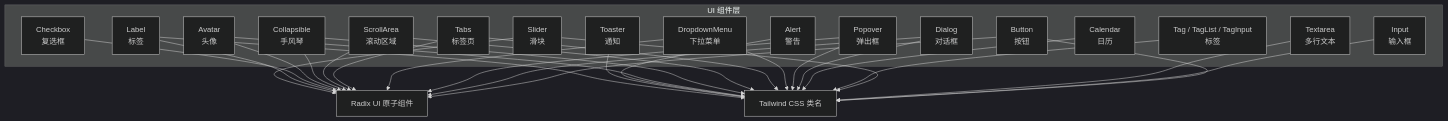
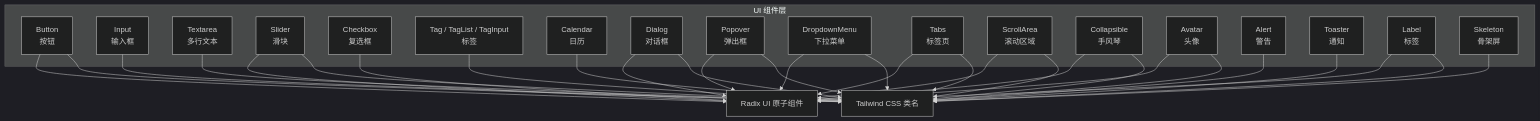
Before and after one commit to RadiumAg/image-saas: the first of 7 diagrams in .qoder/repowiki/zh/content/前端组件架构/UI 组件库/UI 组件库.md, drawn with Mermaid (dark theme). The commit also changed other lines of this file and 60 other files, not shown here.

````diff
--- a/.qoder/repowiki/zh/content/前端组件架构/UI 组件库/UI 组件库.md
+++ b/.qoder/repowiki/zh/content/前端组件架构/UI 组件库/UI 组件库.md
@@ -47,49 +45,51 @@
 ```mermaid
 graph TB
 subgraph "UI 组件层"
 Btn["Button<br/>按钮"]
 Inp["Input<br/>输入框"]
 Txt["Textarea<br/>多行文本"]
 Sl["Slider<br/>滑块"]
 Ckb["Checkbox<br/>复选框"]
 Tag["Tag / TagList / TagInput<br/>标签"]
 Cal["Calendar<br/>日历"]
 Dia["Dialog<br/>对话框"]
 Pop["Popover<br/>弹出框"]
 Drop["DropdownMenu<br/>下拉菜单"]
 Tab["Tabs<br/>标签页"]
 Scroll["ScrollArea<br/>滚动区域"]
 Coll["Collapsible<br/>手风琴"]
 Av["Avatar<br/>头像"]
 Alert["Alert<br/>警告"]
 Sonner["Toaster<br/>通知"]
 Label["Label<br/>标签"]
+Skel["Skeleton<br/>骨架屏"]
 end
 Btn --> Radix["Radix UI 原子组件"]
 Dia --> Radix
 Pop --> Radix
 Drop --> Radix
 Tab --> Radix
 Scroll --> Radix
 Coll --> Radix
 Av --> Radix
 Ckb --> Radix
 Label --> Radix
 Sl --> Radix
 Btn --> Tailwind["Tailwind CSS 类名"]
 Inp --> Tailwind
 Txt --> Tailwind
 Sl --> Tailwind
 Tag --> Tailwind
 Cal --> Tailwind
 Dia --> Tailwind
 Pop --> Tailwind
 Drop --> Tailwind
 Tab --> Tailwind
 Scroll --> Tailwind
 Coll --> Tailwind
 Av --> Tailwind
 Alert --> Tailwind
 Sonner --> Tailwind
 Label --> Tailwind
+Skel --> Tailwind
 ```
````
